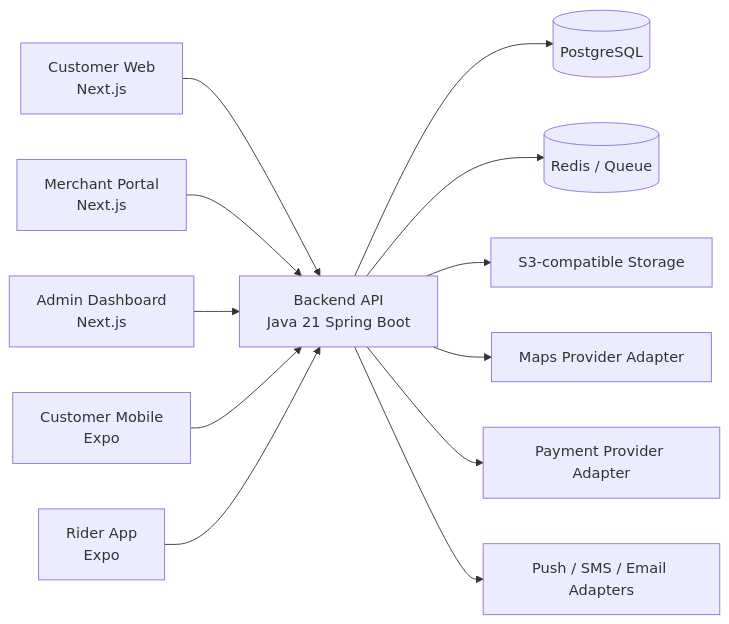
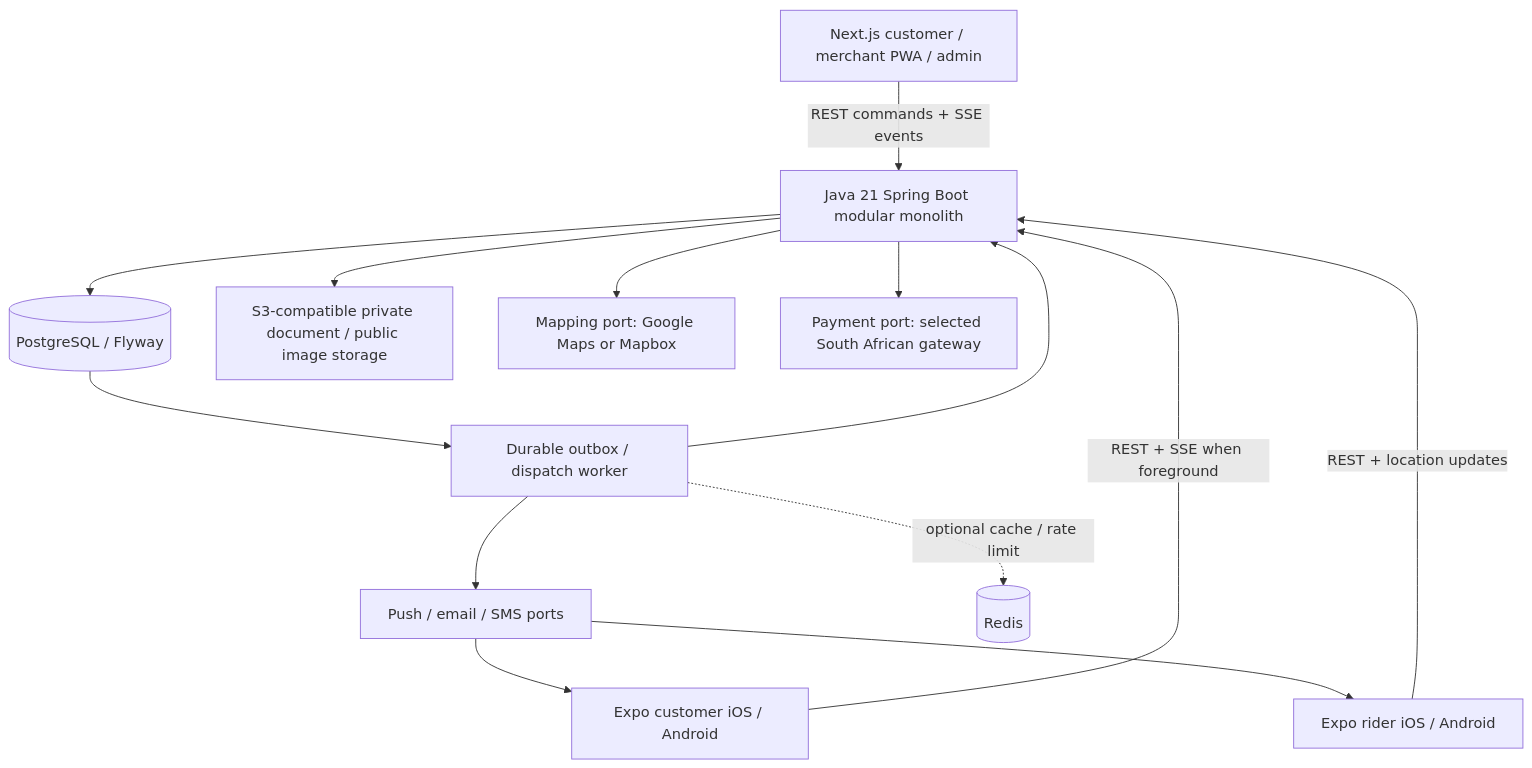
Before and after one commit to Sakhile209/Duze: the first of 4 diagrams in docs/PROJECT_PLAN.md, drawn with Mermaid. The commit also changed other lines of this file and 50 other files, not shown here.

````diff
--- a/docs/PROJECT_PLAN.md
+++ b/docs/PROJECT_PLAN.md
@@ -137,28 +42,16 @@
 ```mermaid
-flowchart LR
-  CustomerWeb[Customer Web<br/>Next.js]
-  MerchantWeb[Merchant Portal<br/>Next.js]
-  AdminWeb[Admin Dashboard<br/>Next.js]
-  CustomerMobile[Customer Mobile<br/>Expo]
-  RiderMobile[Rider App<br/>Expo]
-
-  API[Backend API<br/>Java 21 Spring Boot]
-  DB[(PostgreSQL)]
-  Redis[(Redis / Queue)]
-  Storage[S3-compatible Storage]
-  Maps[Maps Provider Adapter]
-  Payments[Payment Provider Adapter]
-  Notify[Push / SMS / Email Adapters]
-
-  CustomerWeb --> API
-  MerchantWeb --> API
-  AdminWeb --> API
-  CustomerMobile --> API
-  RiderMobile --> API
-  API --> DB
-  API --> Redis
-  API --> Storage
-  API --> Maps
-  API --> Payments
-  API --> Notify
+flowchart TB
+  W[Next.js customer / merchant PWA / admin] -->|REST commands + SSE events| API
+  C[Expo customer iOS / Android] -->|REST + SSE when foreground| API
+  R[Expo rider iOS / Android] -->|REST + location updates| API
+  API[Java 21 Spring Boot modular monolith] --> DB[(PostgreSQL / Flyway)]
+  API --> S3[S3-compatible private document / public image storage]
+  API --> MAP[Mapping port: Google Maps or Mapbox]
+  API --> PAY[Payment port: selected South African gateway]
+  DB --> JOB[Durable outbox / dispatch worker]
+  JOB --> PUSH[Push / email / SMS ports]
+  PUSH --> C
+  PUSH --> R
+  JOB --> API
+  JOB -. optional cache / rate limit .-> REDIS[(Redis)]
 ```
````
